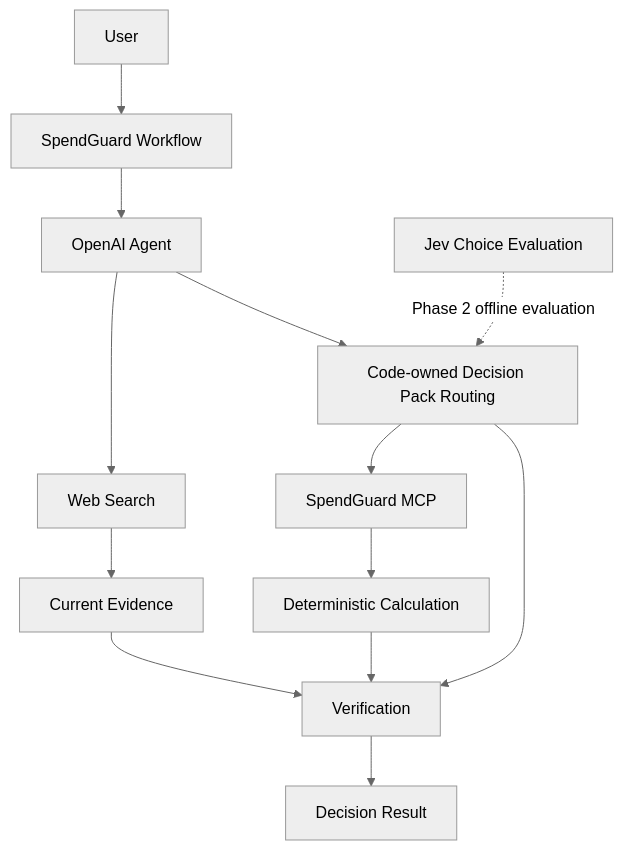
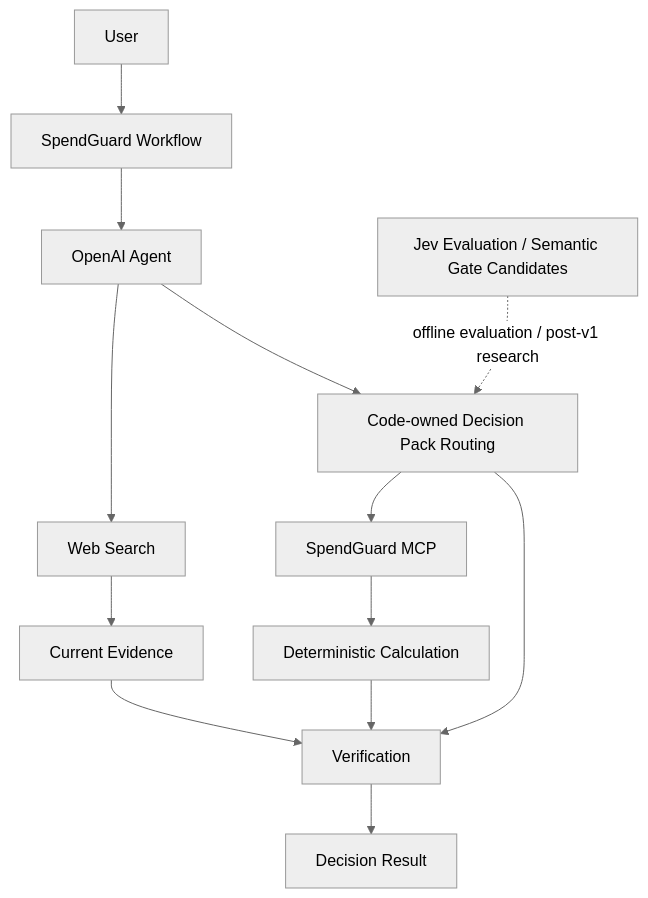
Before and after one commit to seoheejung/spendguard-agent: the diagram in README.md, drawn with Mermaid (neutral theme). The commit also changed other lines of this file and 9 other files, not shown here.

````diff
--- a/README.md
+++ b/README.md
@@ -34,20 +33,17 @@
 ```mermaid
 flowchart TD
-    User["User"] --> Workflow["SpendGuard Workflow"]
+    User["User"] --> Workflow["SpendGuard Workflow"]
+    Workflow --> Agent["OpenAI Agent"]
+    Agent --> Search["Web Search"]
+    Agent --> Code["Code-owned Decision Pack Routing"]
+    Code --> MCP["SpendGuard MCP"]
+    MCP --> Calc["Deterministic Calculation"]
+    Search --> Evidence["Current Evidence"]
+    Calc --> Verify["Verification"]
+    Evidence --> Verify
+    Code --> Verify
+    Verify --> Result["Decision Result"]
+    Jev["Jev Evaluation / Semantic Gate Candidates"]
+        -. offline evaluation / post-v1 research .-> Code
 
-    Workflow --> Agent["OpenAI Agent"]
-    Agent --> Search["Web Search"]
-    Agent --> Code["Code-owned Decision Pack Routing"]
-
-    Code --> MCP["SpendGuard MCP"]
-    MCP --> Calc["Deterministic Calculation"]
-
-    Search --> Evidence["Current Evidence"]
-    Calc --> Verify["Verification"]
-    Evidence --> Verify
-    Code --> Verify
-
-    Verify --> Result["Decision Result"]
-
-    Eval["Jev Choice Evaluation"] -. Phase 2 offline evaluation .-> Code
 ```
````
